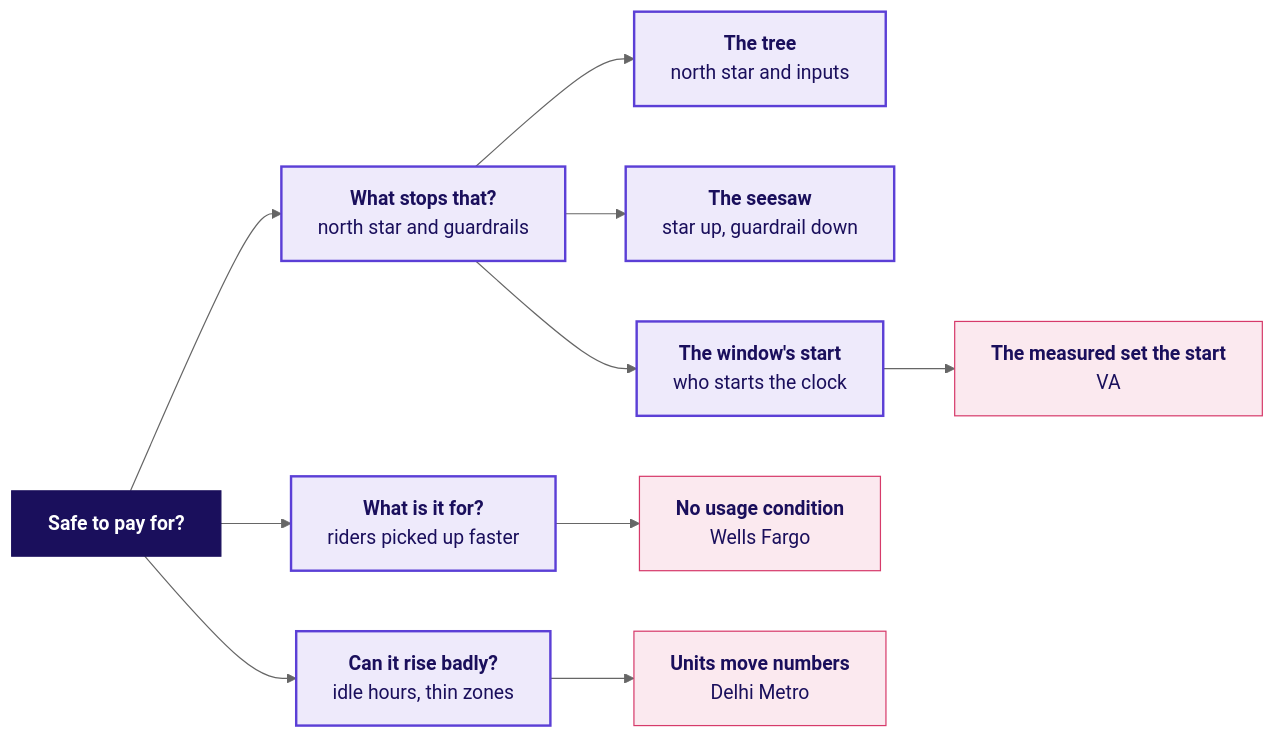
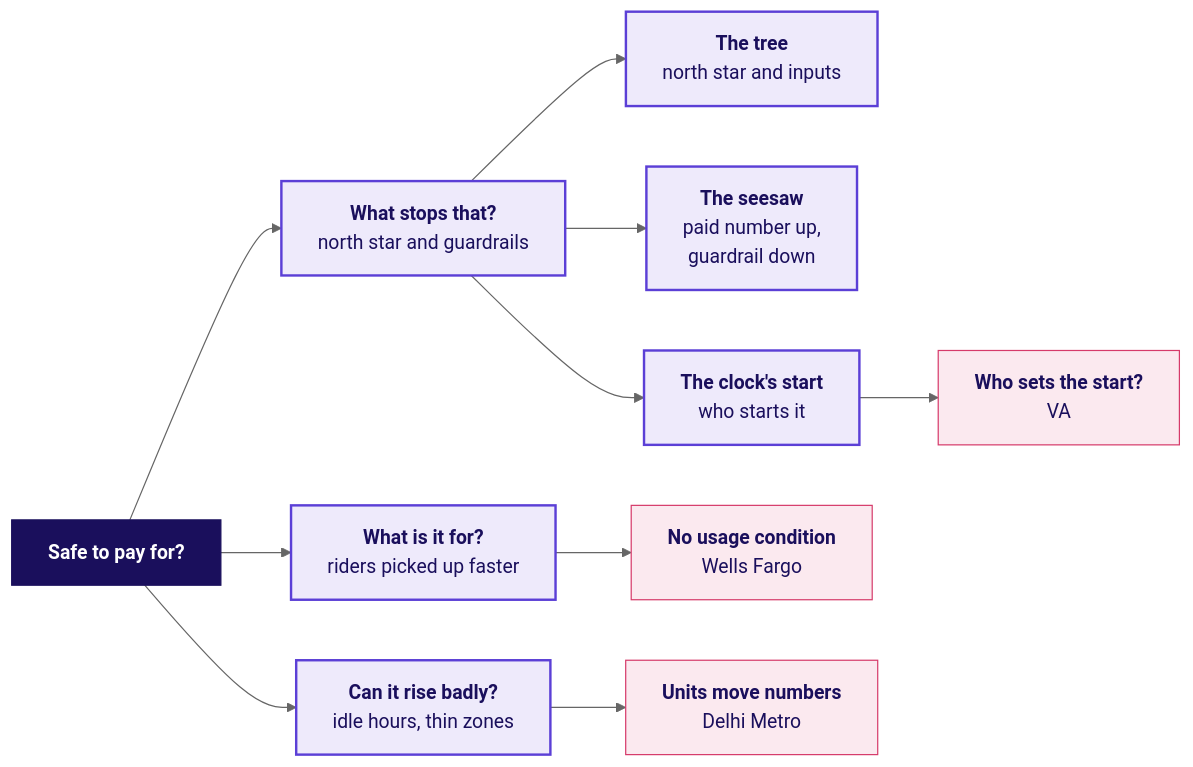
Diagram 17 of 19 in content/W04/D1/whiteboards/C2_W04_D01_board_work_STUDENT.md (fde-academy-lab/c2-content-factory), drawn with Mermaid (neutral theme) before and after one commit. The commit also changed other lines of this file and 4 other files, not shown here.

````diff
--- a/content/W04/D1/whiteboards/C2_W04_D01_board_work_STUDENT.md
+++ b/content/W04/D1/whiteboards/C2_W04_D01_board_work_STUDENT.md
@@ -393,28 +409,28 @@
 ```mermaid
 flowchart LR
     Q["<b>Safe to pay for?</b>"]
     Q1["<b>What is it for?</b><br/>riders picked up faster"]
     Q2["<b>Can it rise badly?</b><br/>idle hours, thin zones"]
     Q3["<b>What stops that?</b><br/>north star and guardrails"]
     S1["<b>The tree</b><br/>north star and inputs"]
-    S2["<b>The seesaw</b><br/>star up, guardrail down"]
-    S3["<b>The window's start</b><br/>who starts the clock"]
+    S2["<b>The seesaw</b><br/>paid number up,<br/>guardrail down"]
+    S3["<b>The clock's start</b><br/>who starts it"]
     P1["<b>No usage condition</b><br/>Wells Fargo"]
     P2["<b>Units move numbers</b><br/>Delhi Metro"]
-    P3["<b>The measured set the start</b><br/>VA"]
+    P3["<b>Who sets the start?</b><br/>VA"]
     Q --> Q1
     Q --> Q2
     Q --> Q3
     Q3 --> S1
     Q3 --> S2
     Q3 --> S3
     Q1 --> P1
     Q2 --> P2
     S3 --> P3
     classDef lit fill:#1A0F5C,stroke:#1A0F5C,color:#FFFFFF
     classDef known fill:#EEEAFB,stroke:#5B3FD6,color:#1A0F5C,stroke-width:2px
     classDef bad fill:#FBE9EF,stroke:#D63A6A,color:#1A0F5C
     class Q lit
     class Q1,Q2,Q3,S1,S2,S3 known
     class P1,P2,P3 bad
 ```
````
